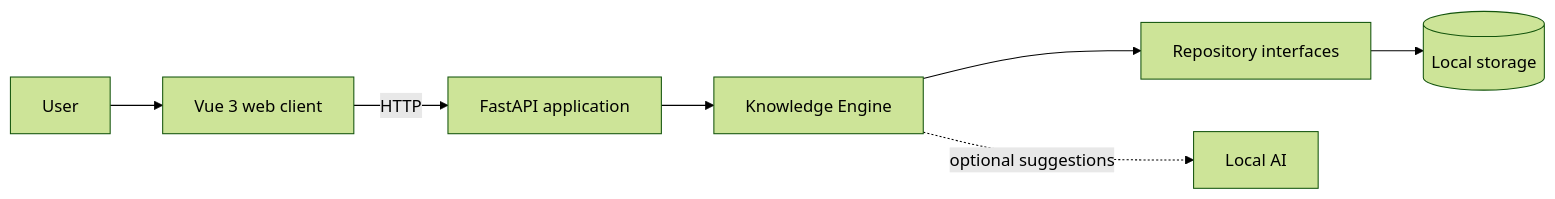
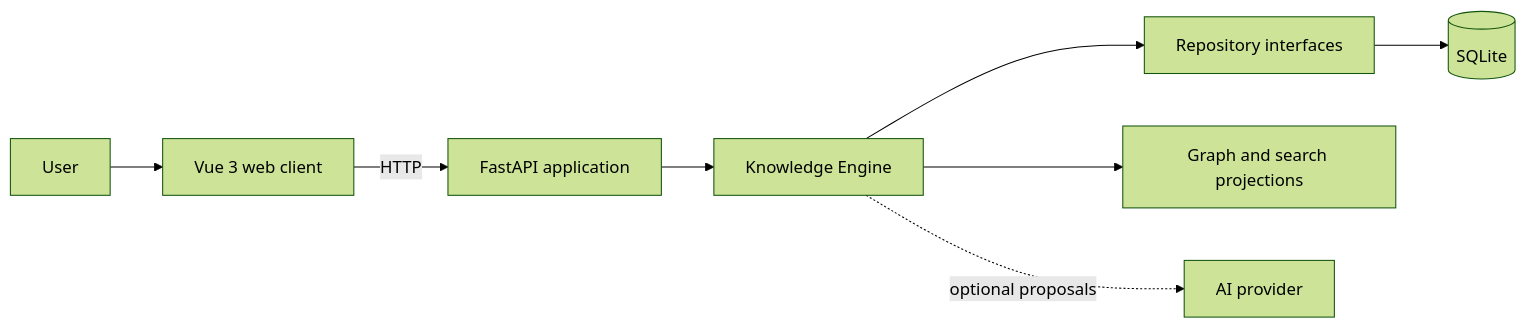
Before and after one commit to arconteus/shard-archive: the diagram in README.md, drawn with Mermaid (forest theme). The commit also changed other lines of this file and 20 other files, not shown here.

````diff
--- a/README.md
+++ b/README.md
@@ -75,9 +52,10 @@
 ```mermaid
 flowchart LR
     U[User] --> W[Vue 3 web client]
     W -->|HTTP| A[FastAPI application]
     A --> K[Knowledge Engine]
     K --> R[Repository interfaces]
-    R --> D[(Local storage)]
-    K -. optional suggestions .-> AI[Local AI]
+    R --> D[(SQLite)]
+    K --> P[Graph and search projections]
+    K -. optional proposals .-> AI[AI provider]
 ```
````
